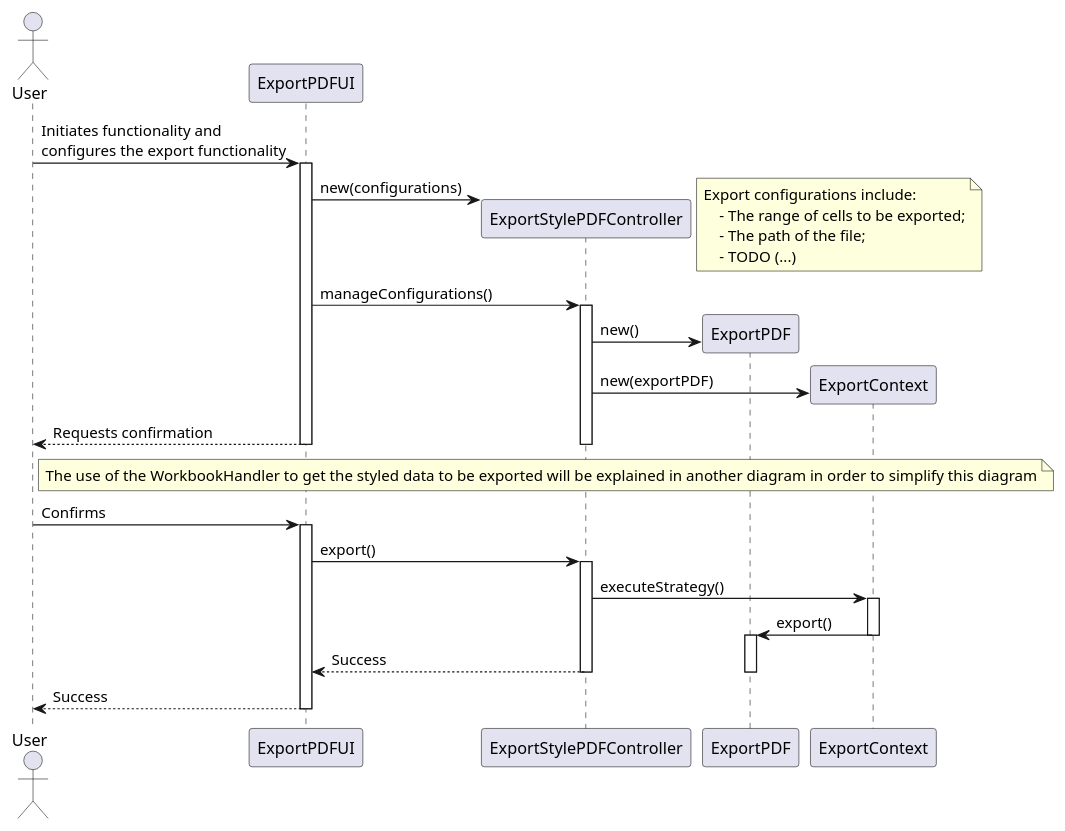
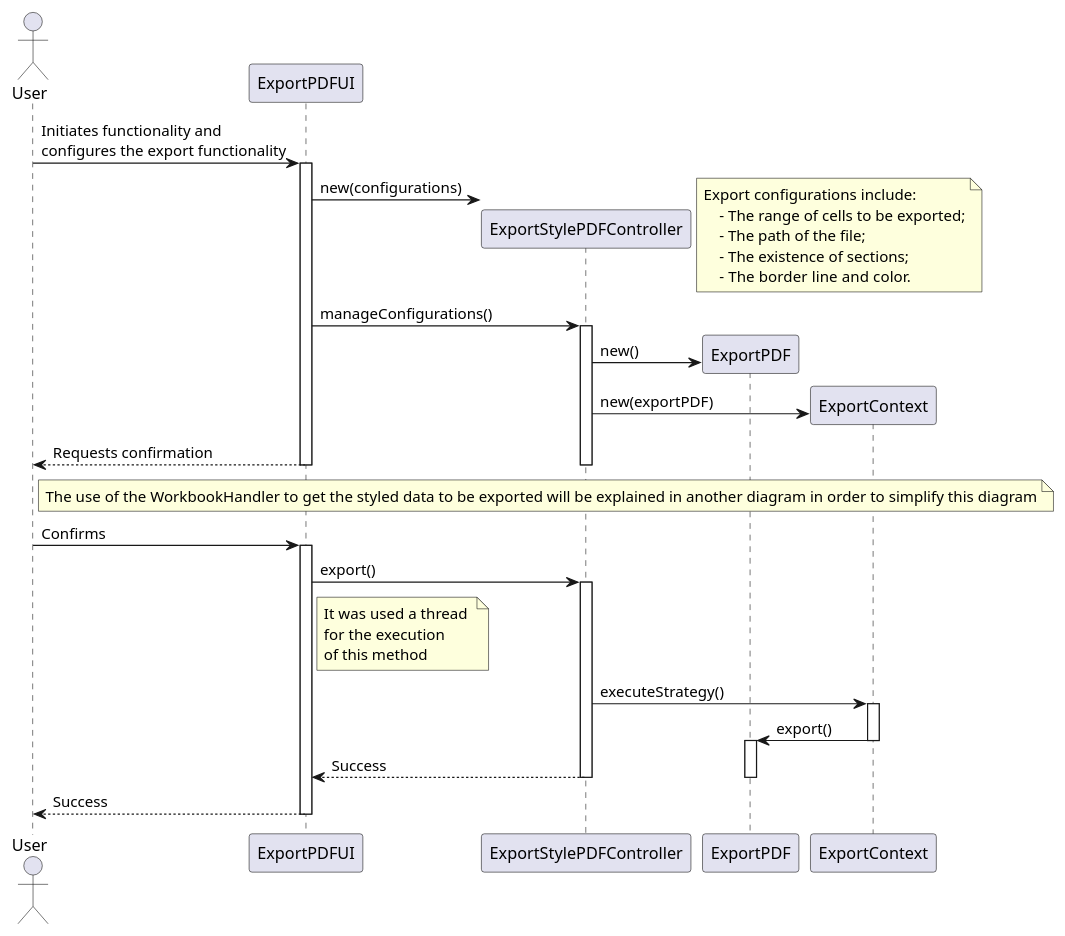
The diagram in src/main/java/lapr4/green/s2/core/n1150800/PDFStyle/us025_design_sd.puml (MikeTekOn/lapr4-2017-2dd), drawn with PlantUML before and after one commit. The commit also changed 10 other files, not shown here.

```diff
--- a/src/main/java/lapr4/green/s2/core/n1150800/PDFStyle/us025_design_sd.puml
+++ b/src/main/java/lapr4/green/s2/core/n1150800/PDFStyle/us025_design_sd.puml
@@ -1,48 +1,54 @@
 @startuml us025_design_sd.png
 
 actor User
 participant ExportPDFUI as UI
 participant ExportStylePDFController as Controller
 
 
 User -> UI : Initiates functionality and \nconfigures the export functionality
 activate UI
 create Controller
 UI -> Controller : new(configurations)
 note right
     Export configurations include: 
         - The range of cells to be exported;
         - The path of the file;
-        - TODO (...)
+        - The existence of sections;
+        - The border line and color.
 end note
 
 UI -> Controller : manageConfigurations()
 activate Controller
 create ExportPDF
 Controller -> ExportPDF : new()
 create ExportContext
 Controller -> ExportContext : new(exportPDF)
 User <-- UI : Requests confirmation
 deactivate Controller
 deactivate UI
 
 note right of User
     The use of the WorkbookHandler to get the styled data to be exported will be explained in another diagram in order to simplify this diagram
 end note
 
 User -> UI : Confirms
 activate UI
 UI -> Controller : export()
+note right of UI
+    It was used a thread 
+    for the execution
+    of this method
+end note
 activate Controller
 Controller -> ExportContext : executeStrategy()
 activate ExportContext
 ExportContext -> ExportPDF : export()
 deactivate ExportContext
 activate ExportPDF
 UI <-- Controller : Success
 deactivate ExportPDF
 deactivate Controller
 User <-- UI : Success
 deactivate UI
 
 @enduml us025_design_sd.png
```
